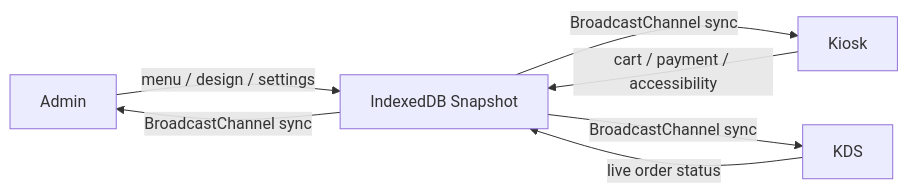
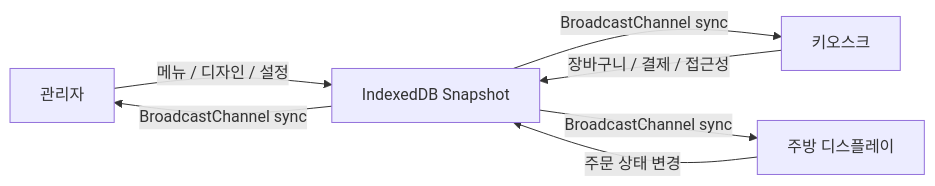
One commit to sinmb79/22B-Kiosk-Self-Service-Kiosk-Builder-for-Small-Businesses- changed the diagram in README.md. Above: the diagram before and after it, drawn with Mermaid. The commit also changed other lines of this file, not shown here.

````diff
--- a/README.md
+++ b/README.md
@@ -6,9 +6,9 @@
 ```mermaid
 flowchart LR
-  A["Admin"] -->|"menu / design / settings"| B["IndexedDB Snapshot"]
-  C["Kiosk"] -->|"cart / payment / accessibility"| B
-  D["KDS"] -->|"live order status"| B
+  A["관리자"] -->|"메뉴 / 디자인 / 설정"| B["IndexedDB Snapshot"]
+  C["키오스크"] -->|"장바구니 / 결제 / 접근성"| B
+  D["주방 디스플레이"] -->|"주문 상태 변경"| B
   B -->|"BroadcastChannel sync"| A
   B -->|"BroadcastChannel sync"| C
   B -->|"BroadcastChannel sync"| D
 ```
````
